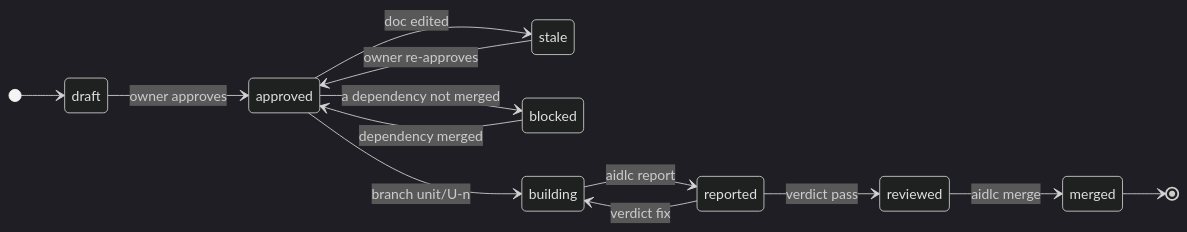
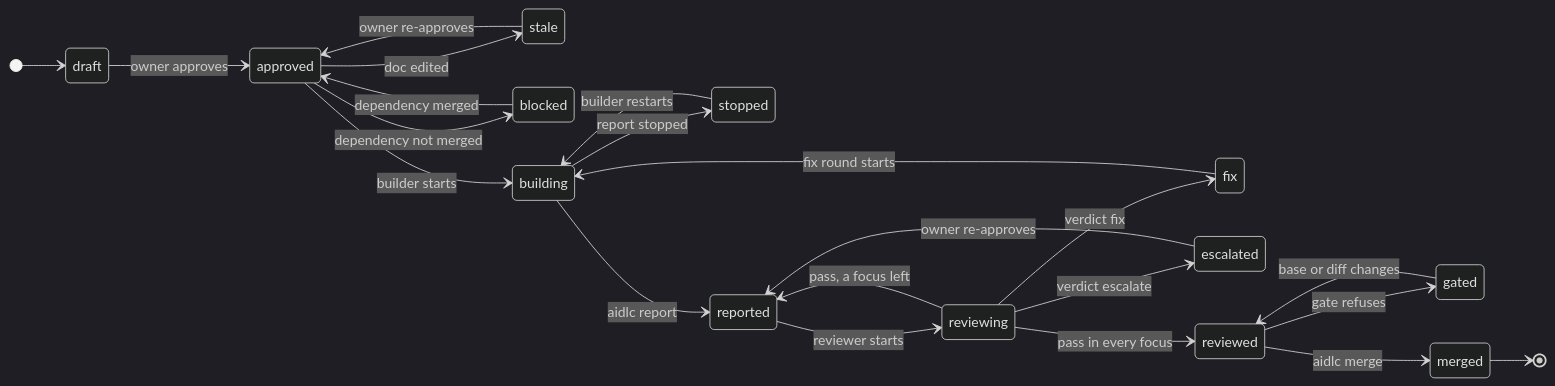
One commit to Scrollout/aidlc-team-plugin changed the diagram in docs/design/state.md. Above: the diagram before and after it, drawn with Mermaid (dark theme). The commit also changed other lines of this file and 9 other files, not shown here.

````diff
--- a/docs/design/state.md
+++ b/docs/design/state.md
@@ -22,16 +22,25 @@
 ```mermaid
 stateDiagram-v2
   direction LR
   [*] --> draft
   draft --> approved: owner approves
   approved --> stale: doc edited
   stale --> approved: owner re-approves
-  approved --> blocked: a dependency not merged
+  approved --> blocked: dependency not merged
   blocked --> approved: dependency merged
-  approved --> building: branch unit/U-n
+  approved --> building: builder starts
+  building --> stopped: report stopped
+  stopped --> building: builder restarts
   building --> reported: aidlc report
-  reported --> reviewed: verdict pass
-  reported --> building: verdict fix
+  reported --> reviewing: reviewer starts
+  reviewing --> reported: pass, a focus left
+  reviewing --> fix: verdict fix
+  fix --> building: fix round starts
+  reviewing --> escalated: verdict escalate
+  escalated --> reported: owner re-approves
+  reviewing --> reviewed: pass in every focus
+  reviewed --> gated: gate refuses
+  gated --> reviewed: base or diff changes
   reviewed --> merged: aidlc merge
   merged --> [*]
 ```
````
